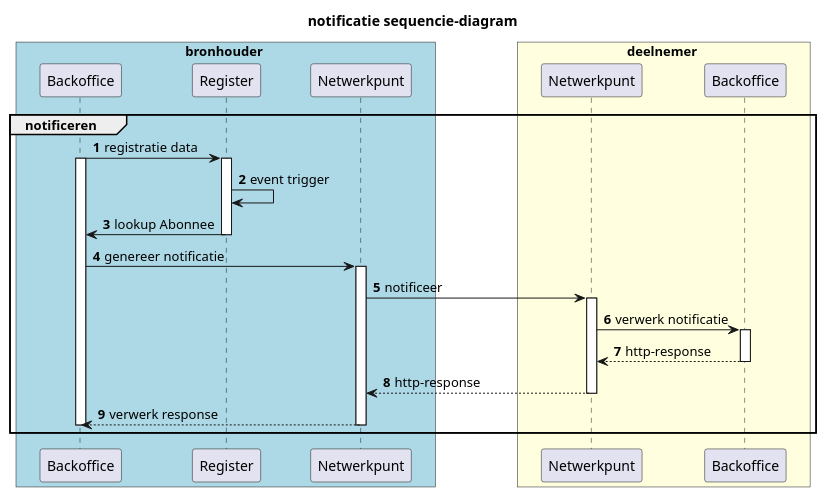
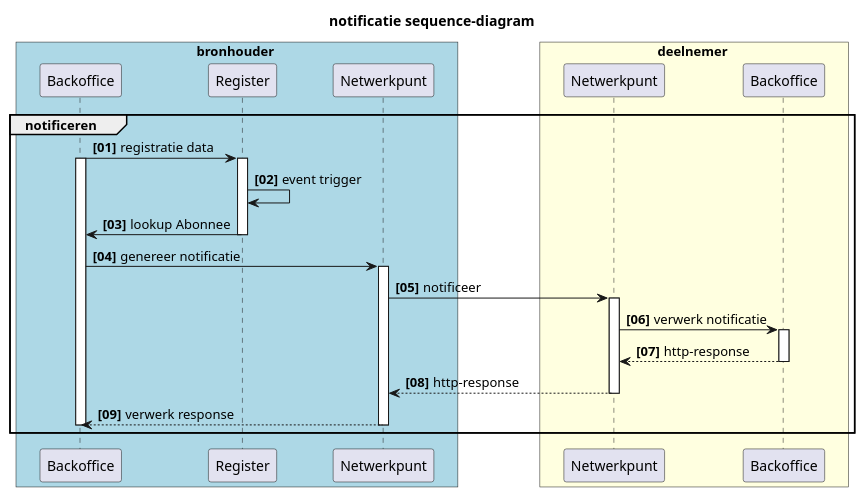
Before and after one commit to iStandaarden/iWlz-RequestForComment: the second of 2 diagrams in RFC/RFC0008 - Notificaties en Meldingen.md, drawn with PlantUML. The commit also changed other lines of this file and 2 other files, not shown here.

````diff
--- a/RFC/RFC0008 - Notificaties en Meldingen.md
+++ b/RFC/RFC0008 - Notificaties en Meldingen.md
@@ -117,45 +146,45 @@
 ```plantuml
 @startuml rfc008-02-notificatie_sequence
-title notificatie sequencie-diagram
+title notificatie sequence-diagram
 skinparam handwritten false
 skinparam participantpadding 20
 skinparam boxpadding 40
-autonumber 001
+autonumber "<b>[00]"
 box bronhouder #lightblue
 participant "Backoffice" as bs
 participant "Register" as rg
 participant "Netwerkpunt" as bnp 
 end box
 
 box deelnemer #lightyellow
 participant "Netwerkpunt" as dnp
 participant "Backoffice" as dbs
 end box
 group notificeren
 
   bs -> rg : registratie data
   activate rg
   activate bs
   rg -> rg: event trigger
 
 
   rg -> bs : lookup Abonnee
   deactivate rg
   bs -> bnp: genereer notificatie
  
   activate bnp
   
   bnp -> dnp: notificeer
   activate dnp
   dnp -> dbs: verwerk notificatie
   activate dbs
   dbs --> dnp: http-response 
   deactivate dbs
   dnp --> bnp: http-response
   deactivate dnp
   bnp --> bs: verwerk response
   deactivate bnp
   deactivate bs
 end
 @enduml
 ```
````
